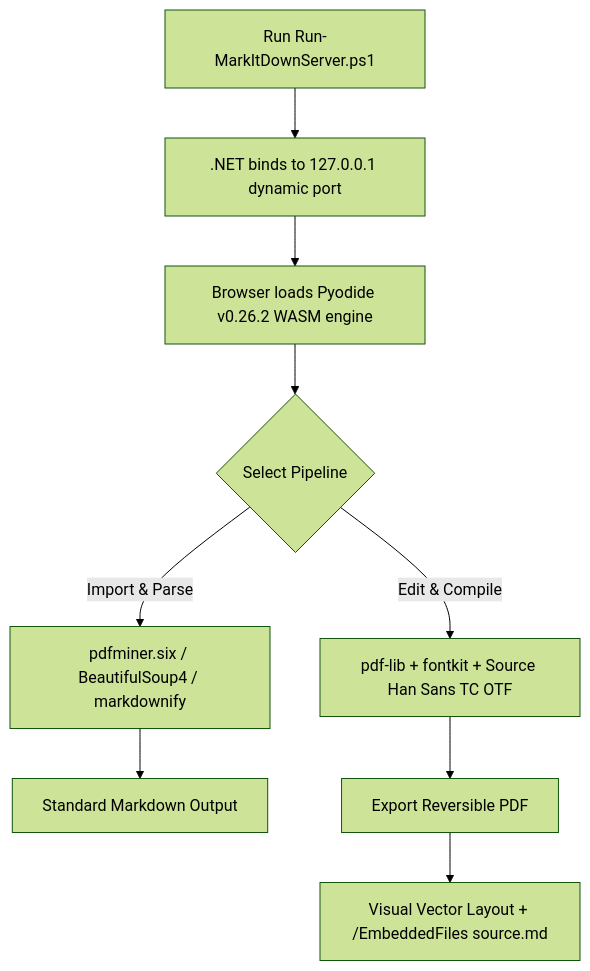
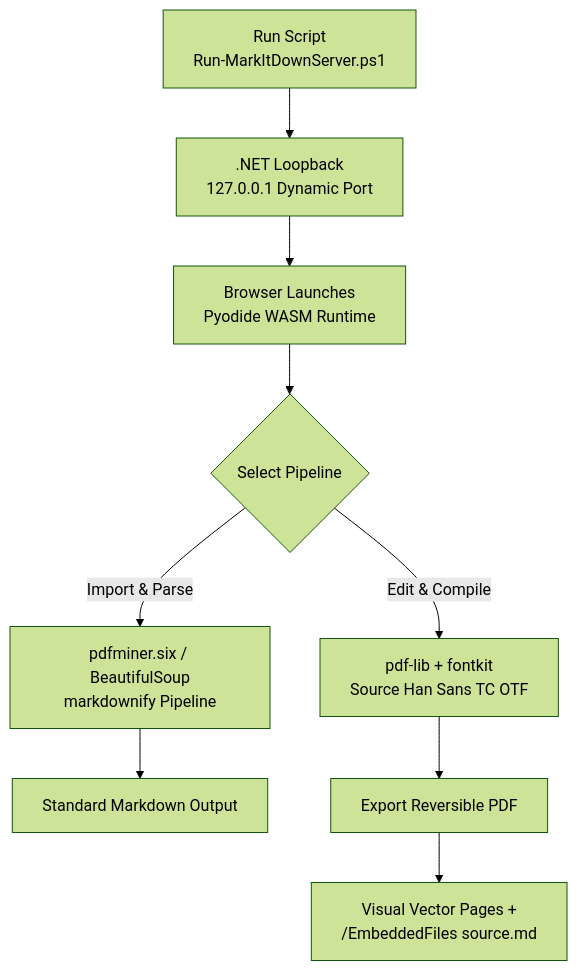
One commit to ystartgo/MD_exchange changed the second of 3 diagrams in README.md. Above: the diagram before and after it, drawn with Mermaid (forest theme). The commit also changed other lines of this file, not shown here.

````diff
--- a/README.md
+++ b/README.md
@@ -91,11 +91,11 @@
 ```mermaid
 flowchart TD
-    A[Run Run-MarkItDownServer.ps1] --> B[.NET binds to 127.0.0.1 dynamic port]
-    B --> C[Browser loads Pyodide v0.26.2 WASM engine]
+    A[Run Script<br/>Run-MarkItDownServer.ps1] --> B[.NET Loopback<br/>127.0.0.1 Dynamic Port]
+    B --> C[Browser Launches<br/>Pyodide WASM Runtime]
     C --> D{Select Pipeline}
-    D -->|Import & Parse| E[pdfminer.six / BeautifulSoup4 / markdownify]
-    D -->|Edit & Compile| F[pdf-lib + fontkit + Source Han Sans TC OTF]
+    D -->|Import & Parse| E[pdfminer.six / BeautifulSoup<br/>markdownify Pipeline]
+    D -->|Edit & Compile| F[pdf-lib + fontkit<br/>Source Han Sans TC OTF]
     E --> G[Standard Markdown Output]
     F --> H[Export Reversible PDF]
-    H --> I[Visual Vector Layout + /EmbeddedFiles source.md]
+    H --> I[Visual Vector Pages +<br/>/EmbeddedFiles source.md]
 ```
````
